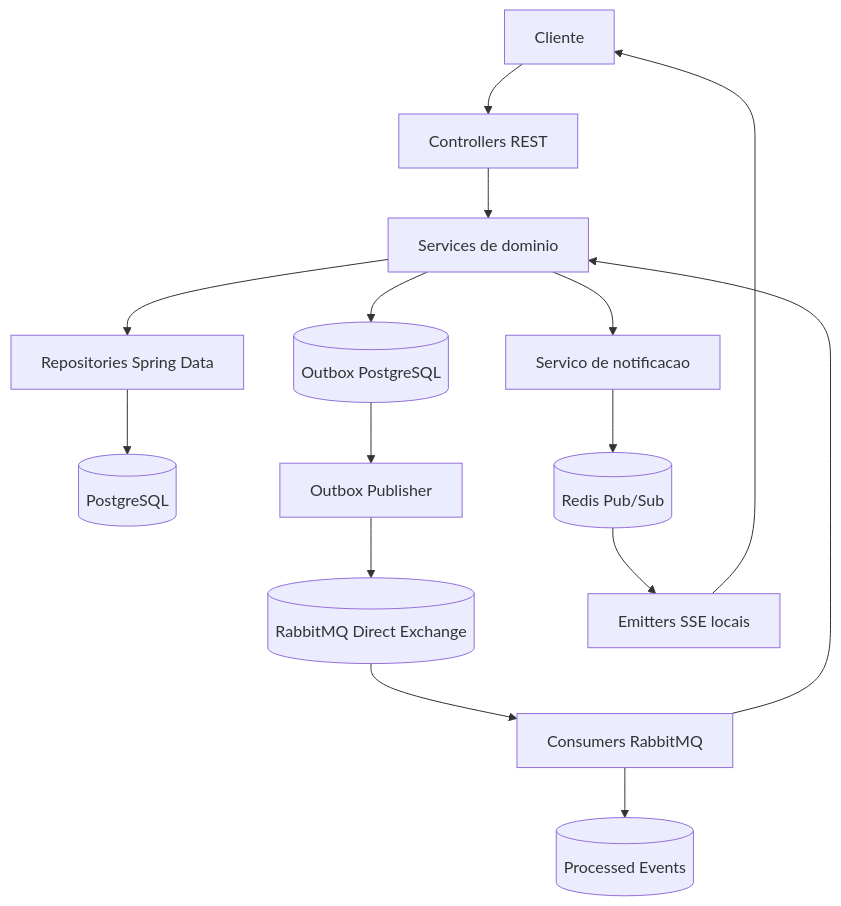
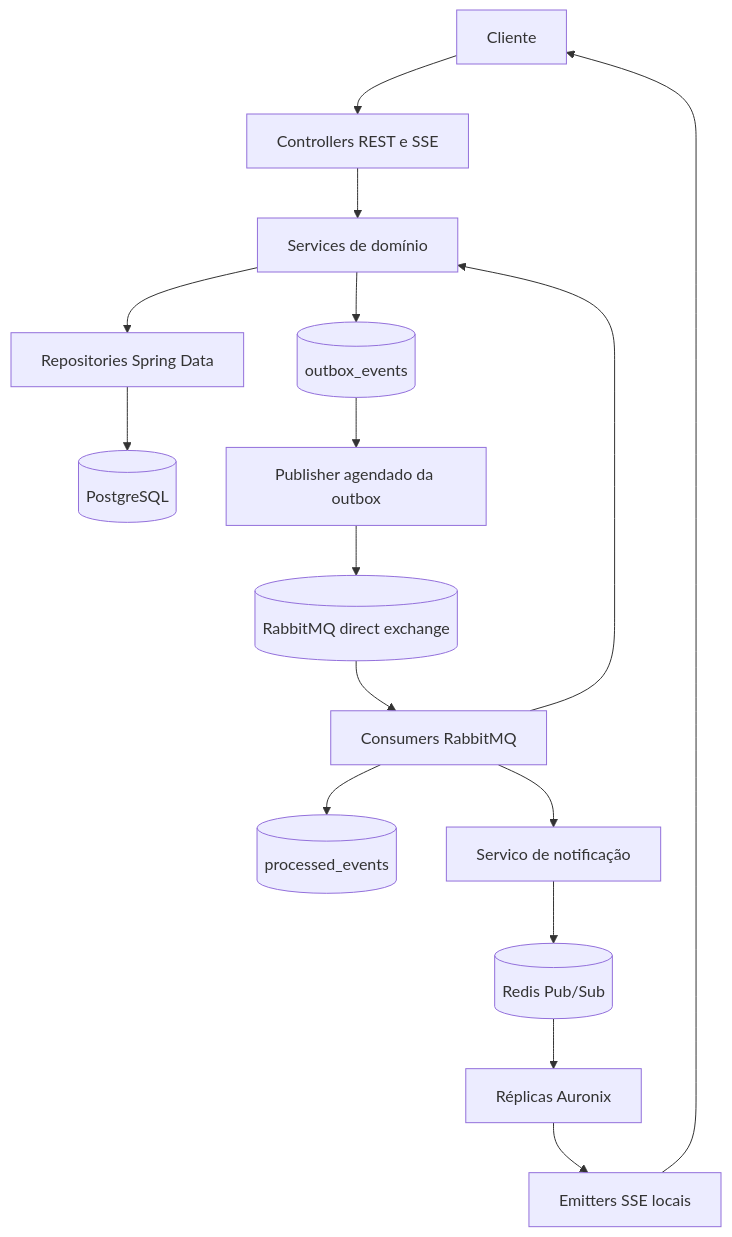
One commit to Joaopdiasventura/Auronix-server changed the first of 3 diagrams in docs/pt-br/arquitetura/README.md. Above: the diagram before and after it, drawn with Mermaid. The commit also changed other lines of this file and 23 other files, not shown here.

Commit message:
docs: update documentation to enhance project description and architecture details

````diff
--- a/docs/pt-br/arquitetura/README.md
+++ b/docs/pt-br/arquitetura/README.md
@@ -7,17 +7,18 @@
 ```mermaid
 flowchart TD
-    Client[Cliente] --> Controllers[Controllers REST]
-    Controllers --> Services[Services de dominio]
+    Client[Cliente] --> Controllers[Controllers REST e SSE]
+    Controllers --> Services[Services de domínio]
     Services --> Repositories[Repositories Spring Data]
     Repositories --> Postgres[(PostgreSQL)]
-    Services --> Outbox[(Outbox PostgreSQL)]
-    Outbox --> Publisher[Outbox Publisher]
-    Publisher --> Rabbit[(RabbitMQ Direct Exchange)]
+    Services --> Outbox[(outbox_events)]
+    Outbox --> Publisher[Publisher agendado da outbox]
+    Publisher --> Rabbit[(RabbitMQ direct exchange)]
     Rabbit --> Consumers[Consumers RabbitMQ]
-    Consumers --> Idempotency[(Processed Events)]
+    Consumers --> Idempotency[(processed_events)]
     Consumers --> Services
-    Services --> Notifications[Servico de notificacao]
-    Notifications --> RedisPubSub[(Redis Pub/Sub)]
-    RedisPubSub --> SSE[Emitters SSE locais]
+    Consumers --> Notifications[Servico de notificação]
+    Notifications --> Redis[(Redis Pub/Sub)]
+    Redis --> Réplicas[Réplicas Auronix]
+    Réplicas --> SSE[Emitters SSE locais]
     SSE --> Client
 ```
````
